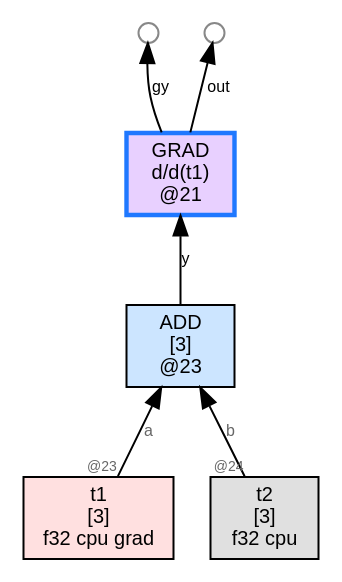
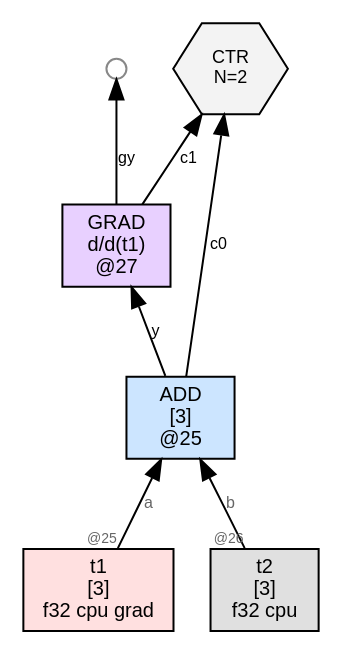
Before and after one commit to sw1sh/TinyHVM: the diagram in wl/examples/thvm_graphs/grad_rules/add/thvm_0_pre_reduce.dot, drawn with Graphviz. The commit also changed 309 other files, not shown here.

First line of the commit message:
grad: CTR at step 0; no external DUP; Leibniz visible in step 1

```diff
--- a/wl/examples/thvm_graphs/grad_rules/add/thvm_0_pre_reduce.dot
+++ b/wl/examples/thvm_graphs/grad_rules/add/thvm_0_pre_reduce.dot
@@ -1,17 +1,18 @@
 digraph G {
   rankdir=BT;
   node [fontname="Helvetica", fontsize=10, style=filled, shape=box, margin="0.1,0.05"];
   edge [fontsize=8, fontname="Helvetica"];
 
-  n23 [label="ADD\n[3]\n@23", shape=box, fillcolor="#cce5ff"];
+  n25 [label="ADD\n[3]\n@25", shape=box, fillcolor="#cce5ff"];
   t1 [label="t1\n[3]\nf32 cpu grad",shape=box,fillcolor="#ffe0e0"];
-  t1 -> n23 [label="a",taillabel="@23",labelfontsize=7,fontcolor="#666666"];
+  t1 -> n25 [label="a",taillabel="@25",labelfontsize=7,fontcolor="#666666"];
   t2 [label="t2\n[3]\nf32 cpu",shape=box,fillcolor="#e0e0e0"];
-  t2 -> n23 [label="b",taillabel="@24",labelfontsize=7,fontcolor="#666666"];
-  n21 [label="GRAD\nd/d(t1)\n@21", shape=box, fillcolor="#e8d0ff",color="#1f78ff",penwidth=2.2];
-  n23 -> n21 [label="y"];
-  free21_1 [label="",shape=circle,width=0.14,height=0.14,fixedsize=true,fillcolor="#ffffff",color="#888888",fontsize=1];
-  n21 -> free21_1 [label="gy"];
-  free21_1000 [label="",shape=circle,width=0.14,height=0.14,fixedsize=true,fillcolor="#ffffff",color="#888888",fontsize=1];
-  n21 -> free21_1000 [label="out"];
+  t2 -> n25 [label="b",taillabel="@26",labelfontsize=7,fontcolor="#666666"];
+  n27 [label="GRAD\nd/d(t1)\n@27", shape=box, fillcolor="#e8d0ff"];
+  n25 -> n27 [label="y"];
+  free27_1 [label="",shape=circle,width=0.14,height=0.14,fixedsize=true,fillcolor="#ffffff",color="#888888",fontsize=1];
+  n27 -> free27_1 [label="gy"];
+  ctr23 [label="CTR\nN=2", shape=hexagon, fillcolor="#f3f3f3", fontsize=9];
+  n25 -> ctr23 [label="c0"];
+  n27 -> ctr23 [label="c1"];
 }
```
